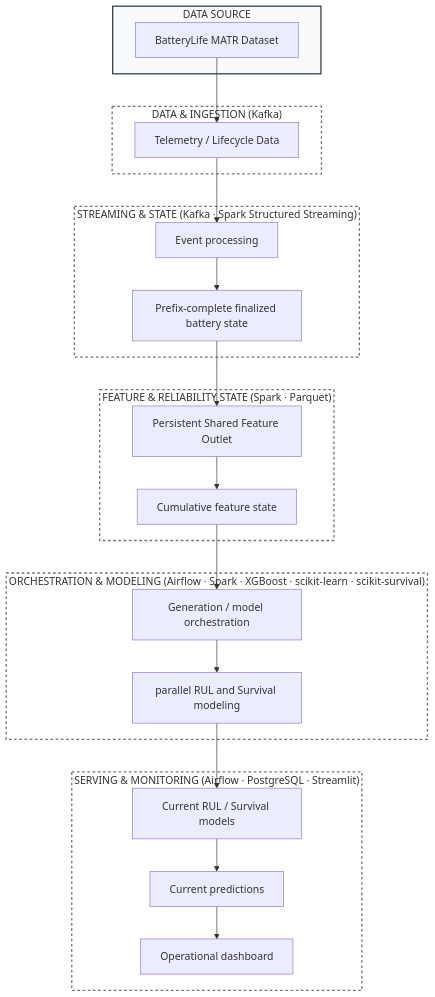
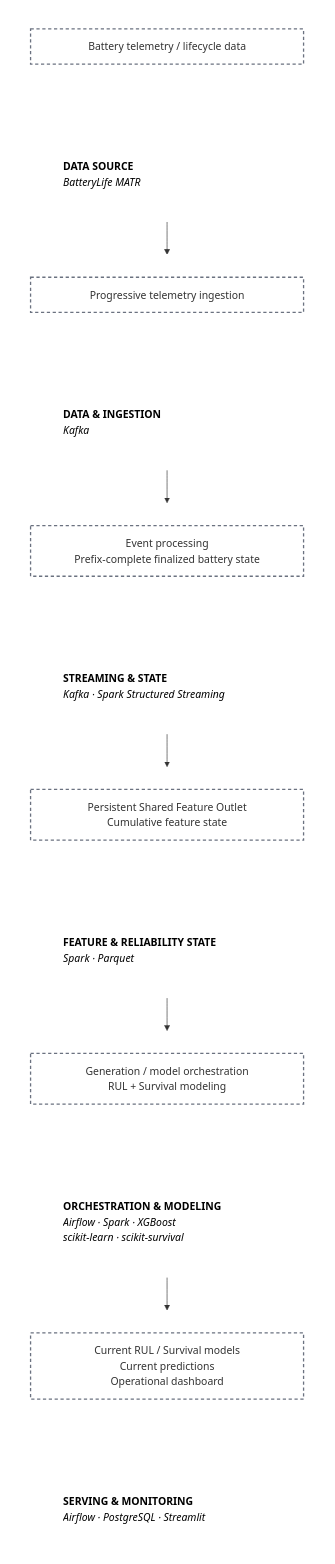
The diagram in README.md (YinaLiLi/Battery-Reliability-Platform), drawn with Mermaid before and after one commit. The commit also changed other lines of this file, not shown here.

Commit message:
docs: update project overview and architecture

````diff
--- a/README.md
+++ b/README.md
@@ -24,51 +20,51 @@
 ```mermaid
-flowchart TB
-  subgraph SRC["DATA SOURCE"]
-    BAT["BatteryLife MATR Dataset"]
+flowchart TD
+  classDef layer fill:transparent,stroke:#6b7280,stroke-width:2px,stroke-dasharray:5 4;
+  classDef context fill:none,stroke:none,color:inherit,width:300px;
+  classDef spacer fill:none,stroke:none,width:100px;
+
+  subgraph ROWA[" "]
+    direction LR
+    A["<div style='width:360px;text-align:center'>Battery telemetry / lifecycle data</div>"]:::layer
+    A_gap[" "]:::spacer
+    A_info["<div style='width:320px;text-align:left'><b>DATA SOURCE</b><br/><i>BatteryLife MATR</i></div>"]:::context
+  end
+  subgraph ROWB[" "]
+    direction LR
+    B["<div style='width:360px;text-align:center'>Progressive telemetry ingestion</div>"]:::layer
+    B_gap[" "]:::spacer
+    B_info["<div style='width:320px;text-align:left'><b>DATA & INGESTION</b><br/><i>Kafka</i></div>"]:::context
+  end
+  subgraph ROWC[" "]
+    direction LR
+    C["<div style='width:360px;text-align:center'>Event processing<br/>Prefix-complete finalized battery state</div>"]:::layer
+    C_gap[" "]:::spacer
+    C_info["<div style='width:320px;text-align:left'><b>STREAMING & STATE</b><br/><i>Kafka · Spark Structured Streaming</i></div>"]:::context
+  end
+  subgraph ROWD[" "]
+    direction LR
+    D["<div style='width:360px;text-align:center'>Persistent Shared Feature Outlet<br/>Cumulative feature state</div>"]:::layer
+    D_gap[" "]:::spacer
+    D_info["<div style='width:320px;text-align:left'><b>FEATURE & RELIABILITY STATE</b><br/><i>Spark · Parquet</i></div>"]:::context
+  end
+  subgraph ROWE[" "]
+    direction LR
+    E["<div style='width:360px;text-align:center'>Generation / model orchestration<br/>RUL + Survival modeling</div>"]:::layer
+    E_gap[" "]:::spacer
+    E_info["<div style='width:320px;text-align:left'><b>ORCHESTRATION & MODELING</b><br/><i>Airflow · Spark · XGBoost<br/>scikit-learn · scikit-survival</i></div>"]:::context
+  end
+  subgraph ROWF[" "]
+    direction LR
+    F["<div style='width:360px;text-align:center'>Current RUL / Survival models<br/>Current predictions<br/>Operational dashboard</div>"]:::layer
+    F_gap[" "]:::spacer
+    F_info["<div style='width:320px;text-align:left'><b>SERVING & MONITORING</b><br/><i>Airflow · PostgreSQL · Streamlit</i></div>"]:::context
   end
 
-  subgraph ING["DATA & INGESTION (Kafka)"]
-    I1["Telemetry / Lifecycle Data"]
-  end
-
-  subgraph STR["STREAMING & STATE (Kafka · Spark Structured Streaming)"]
-    ST1["Event processing"]
-    ST2["Prefix-complete finalized battery state"]
-    ST1 --> ST2
-  end
-
-  subgraph FS["FEATURE & RELIABILITY STATE (Spark · Parquet)"]
-    F1["Persistent Shared Feature Outlet"]
-    F2["Cumulative feature state"]
-    F1 --> F2
-  end
-
-  subgraph OM["ORCHESTRATION & MODELING (Airflow · Spark · XGBoost · scikit-learn · scikit-survival)"]
-    OM1["Generation / model orchestration"]
-    OM2["parallel RUL and Survival modeling"]
-    OM1 --> OM2
-  end
-
-  subgraph SM["SERVING & MONITORING (Airflow · PostgreSQL · Streamlit)"]
-    S1["Current RUL / Survival models"]
-    S2["Current predictions"]
-    S3["Operational dashboard"]
-    S1 --> S2
-    S2 --> S3
-  end
-
-  BAT --> I1
-  I1 --> ST1
-  ST2 --> F1
-  F2 --> OM1
-  OM2 --> S1
-
-classDef layerBox fill:none,stroke:#6b7280,stroke-width:2px,stroke-dasharray:4 4;
-classDef sourceBox fill:#f8fafc,stroke:#374151,stroke-width:2px;
-class SRC sourceBox
-class ING layerBox
-class STR layerBox
-class FS layerBox
-class OM layerBox
-class SM layerBox
+  A --> B --> C --> D --> E --> F
+  style ROWA fill:none,stroke:none
+  style ROWB fill:none,stroke:none
+  style ROWC fill:none,stroke:none
+  style ROWD fill:none,stroke:none
+  style ROWE fill:none,stroke:none
+  style ROWF fill:none,stroke:none
 ```
````
